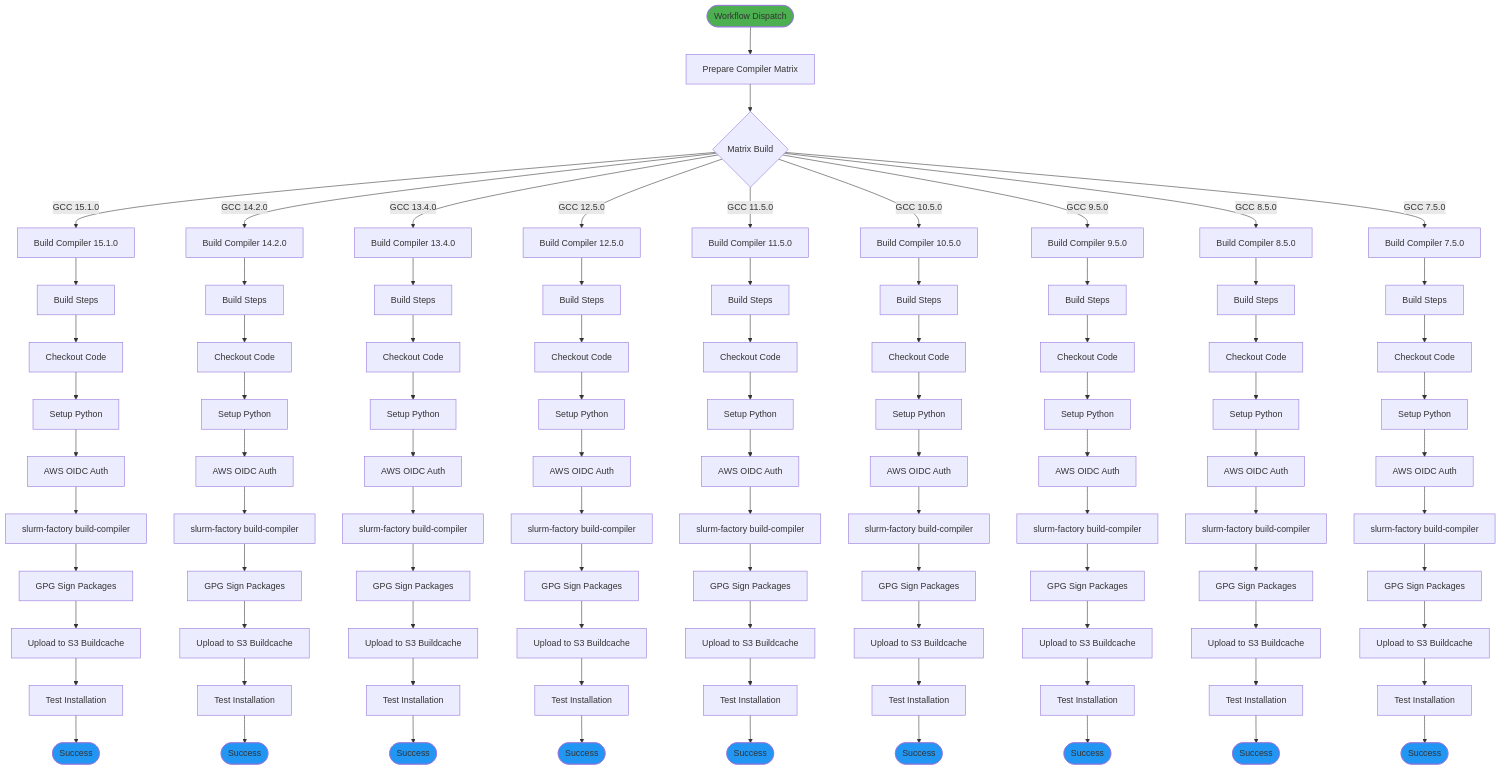
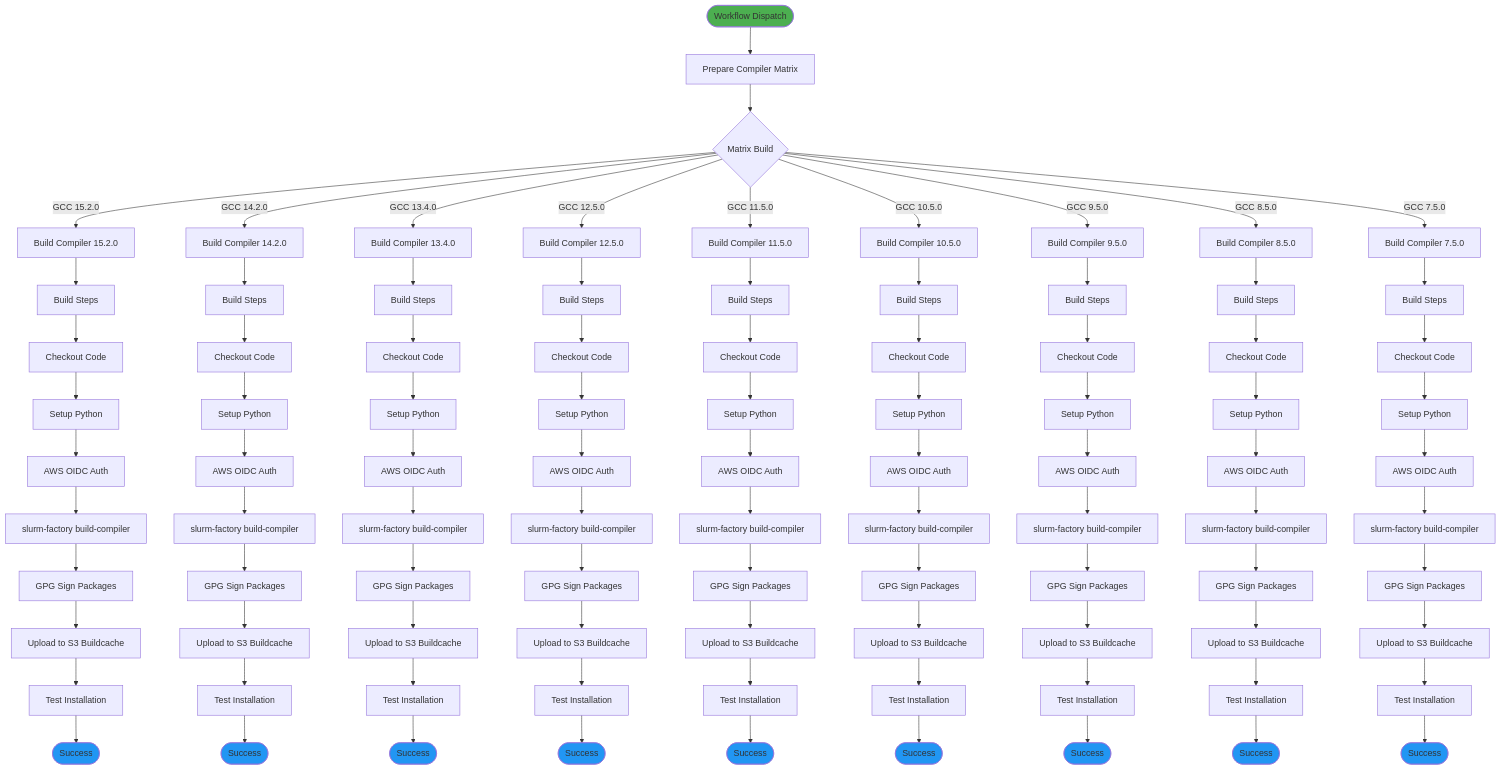
The first of 5 diagrams in docusaurus/docs/github-actions.md (vantagecompute/slurm-factory), drawn with Mermaid before and after one commit. The commit also changed other lines of this file and 61 other files, not shown here.

```diff
--- a/docusaurus/docs/github-actions.md
+++ b/docusaurus/docs/github-actions.md
@@ -27,7 +26,7 @@
     Start([Workflow Dispatch]) --> PrepareMatrix[Prepare Compiler Matrix]
     PrepareMatrix --> Matrix{Matrix Build}
     
-    Matrix -->|GCC 15.1.0| Build1[Build Compiler 15.1.0]
+    Matrix -->|GCC 15.2.0| Build1[Build Compiler 15.2.0]
     Matrix -->|GCC 14.2.0| Build2[Build Compiler 14.2.0]
     Matrix -->|GCC 13.4.0| Build3[Build Compiler 13.4.0]
     Matrix -->|GCC 12.5.0| Build4[Build Compiler 12.5.0]
```
